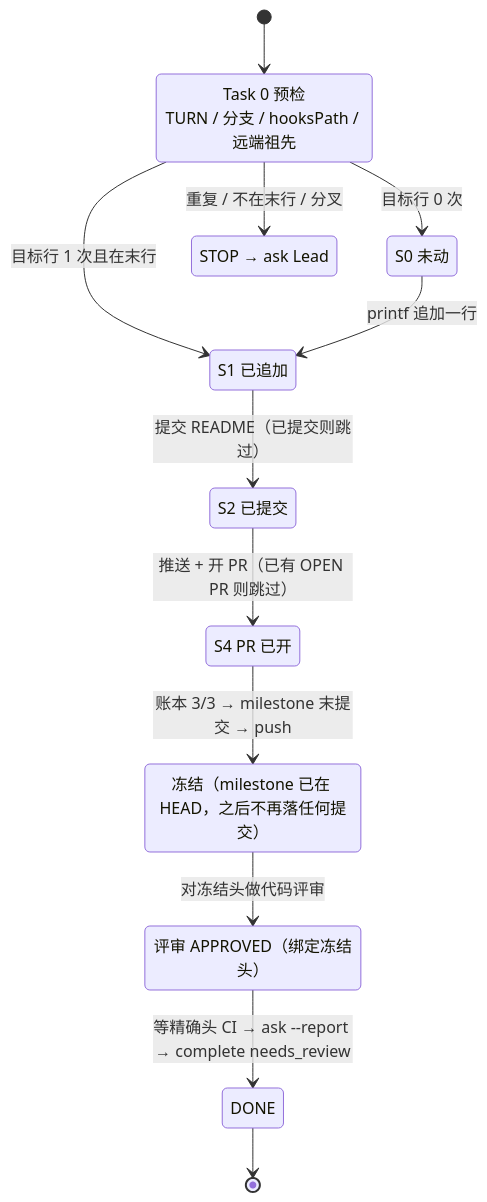
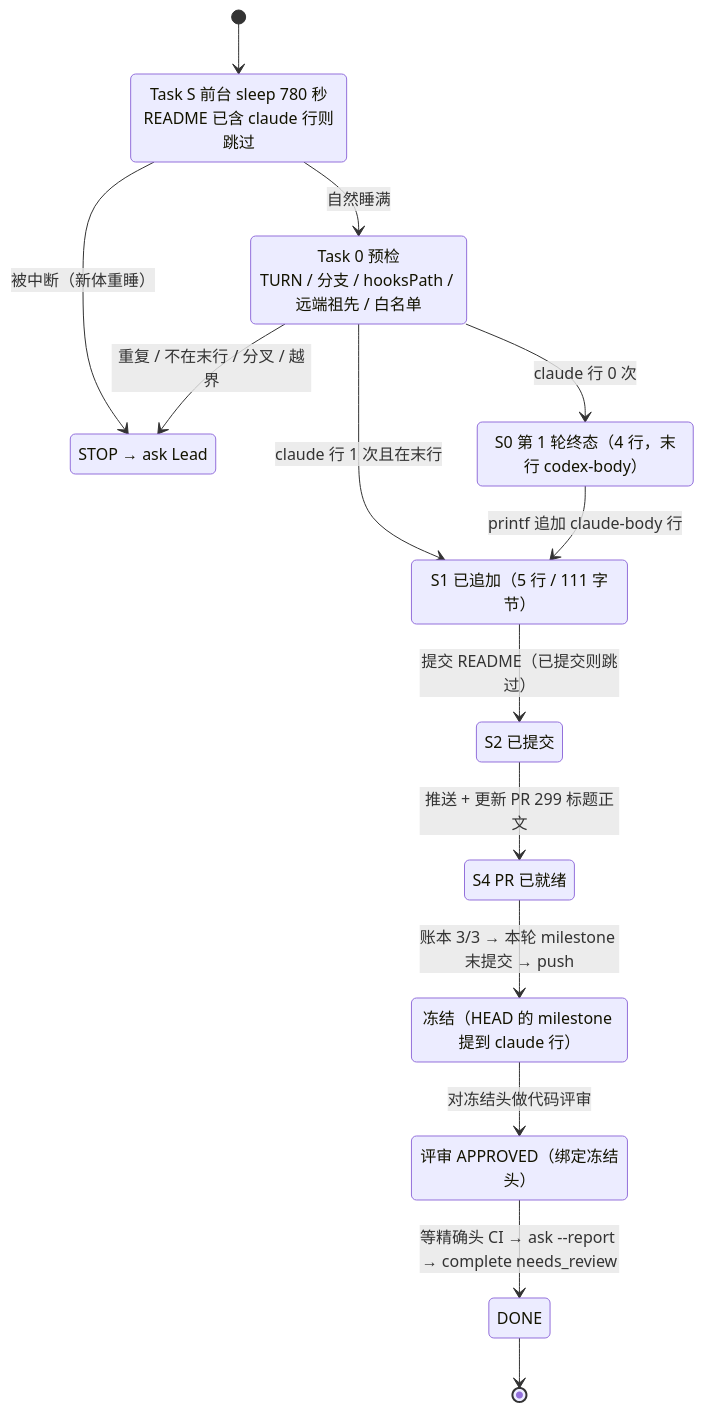
Before and after one commit to xrliAnnie/flywheel-qa-sandbox: the diagram in engineering/doc/FLY-3030-n-to-n-codex-probe/diagrams/d1-flow.mmd, drawn with Mermaid. The commit also changed 7 other files, not shown here.

Commit message:
docs(FLY-3030): founder design HTML for round 2 (claude-body + sleep 780)

```diff
--- a/engineering/doc/FLY-3030-n-to-n-codex-probe/diagrams/d1-flow.mmd
+++ b/engineering/doc/FLY-3030-n-to-n-codex-probe/diagrams/d1-flow.mmd
@@ -1,21 +1,24 @@
 stateDiagram-v2
     direction TB
-    [*] --> T0
-    T0: Task 0 预检<br/>TURN / 分支 / hooksPath / 远端祖先
-    T0 --> S0: 目标行 0 次
-    T0 --> S1: 目标行 1 次且在末行
-    T0 --> STOP: 重复 / 不在末行 / 分叉
-    S0: S0 未动
-    S0 --> S1: printf 追加一行
-    S1: S1 已追加
+    [*] --> TS
+    TS: Task S 前台 sleep 780 秒<br/>README 已含 claude 行则跳过
+    TS --> T0: 自然睡满
+    TS --> STOP: 被中断（新体重睡）
+    T0: Task 0 预检<br/>TURN / 分支 / hooksPath / 远端祖先 / 白名单
+    T0 --> S0: claude 行 0 次
+    T0 --> S1: claude 行 1 次且在末行
+    T0 --> STOP: 重复 / 不在末行 / 分叉 / 越界
+    S0: S0 第 1 轮终态（4 行，末行 codex-body）
+    S0 --> S1: printf 追加 claude-body 行
+    S1: S1 已追加（5 行 / 111 字节）
     S1 --> S2: 提交 README（已提交则跳过）
     S2: S2 已提交
-    S2 --> S4: 推送 + 开 PR（已有 OPEN PR 则跳过）
-    S4: S4 PR 已开
-    S4 --> FZ: 账本 3/3 → milestone 末提交 → push
-    FZ: 冻结（milestone 已在 HEAD，之后不再落任何提交）
+    S2 --> S4: 推送 + 更新 PR 299 标题正文
+    S4: S4 PR 已就绪
+    S4 --> FZ: 账本 3/3 → 本轮 milestone 末提交 → push
+    FZ: 冻结（HEAD 的 milestone 提到 claude 行）
     FZ --> RV: 对冻结头做代码评审
     RV: 评审 APPROVED（绑定冻结头）
     RV --> DONE: 等精确头 CI → ask --report → complete needs_review
     DONE --> [*]
     STOP: STOP → ask Lead
```
